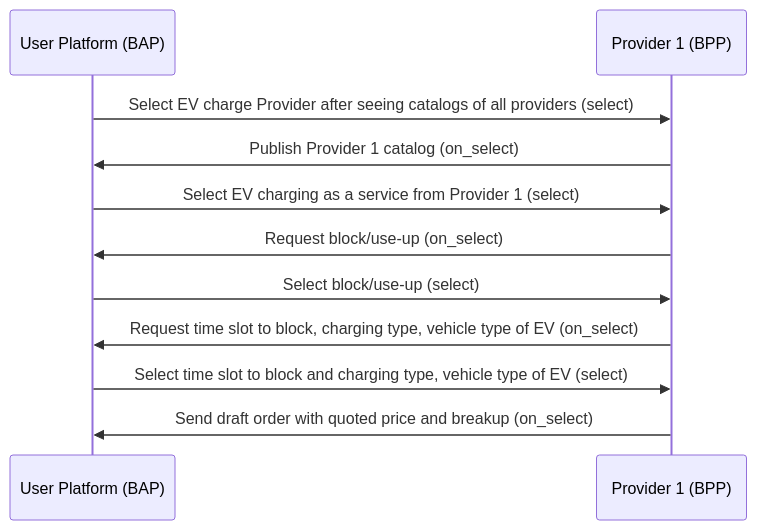
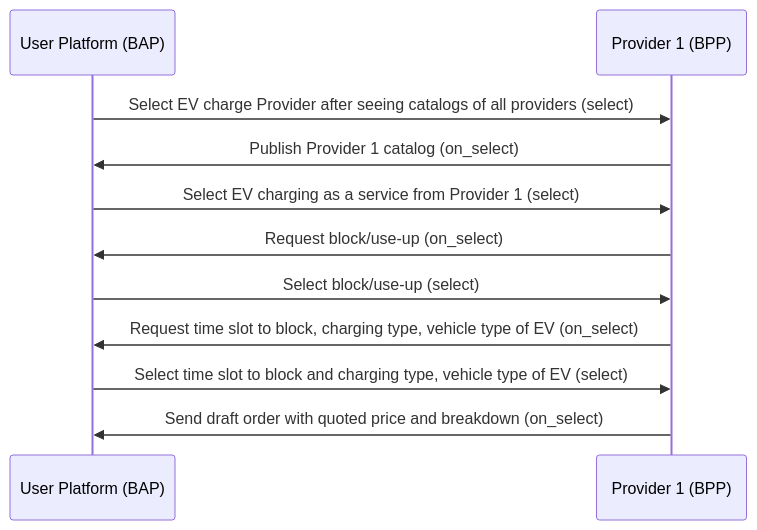
The fourth of 8 diagrams in docs/implementation-guides/EV_Charging/Generic-EV_Charging-Worlflow.md (Sudheesh2609/DENT-Protocol), drawn with Mermaid before and after one commit. The commit also changed other lines of this file, not shown here.

````diff
--- a/docs/implementation-guides/EV_Charging/Generic-EV_Charging-Worlflow.md
+++ b/docs/implementation-guides/EV_Charging/Generic-EV_Charging-Worlflow.md
@@ -132,11 +132,11 @@
 ```mermaid
    sequenceDiagram
    User Platform (BAP)->> Provider 1 (BPP): Select EV charge Provider after seeing catalogs of all providers (select)
    Provider 1 (BPP)->>User Platform (BAP): Publish Provider 1 catalog (on_select)
    User Platform (BAP)->> Provider 1 (BPP): Select EV charging as a service from Provider 1 (select)
    Provider 1 (BPP)->>User Platform (BAP): Request block/use-up (on_select)
    User Platform (BAP)->> Provider 1 (BPP): Select block/use-up (select)
    Provider 1 (BPP)->>User Platform (BAP): Request time slot to block, charging type, vehicle type of EV (on_select)
 	 User Platform (BAP)->> Provider 1 (BPP): Select time slot to block and charging type, vehicle type of EV (select)
-   Provider 1 (BPP)->>User Platform (BAP): Send draft order with quoted price and breakup (on_select)
+   Provider 1 (BPP)->>User Platform (BAP): Send draft order with quoted price and breakdown (on_select)
 ```
````
